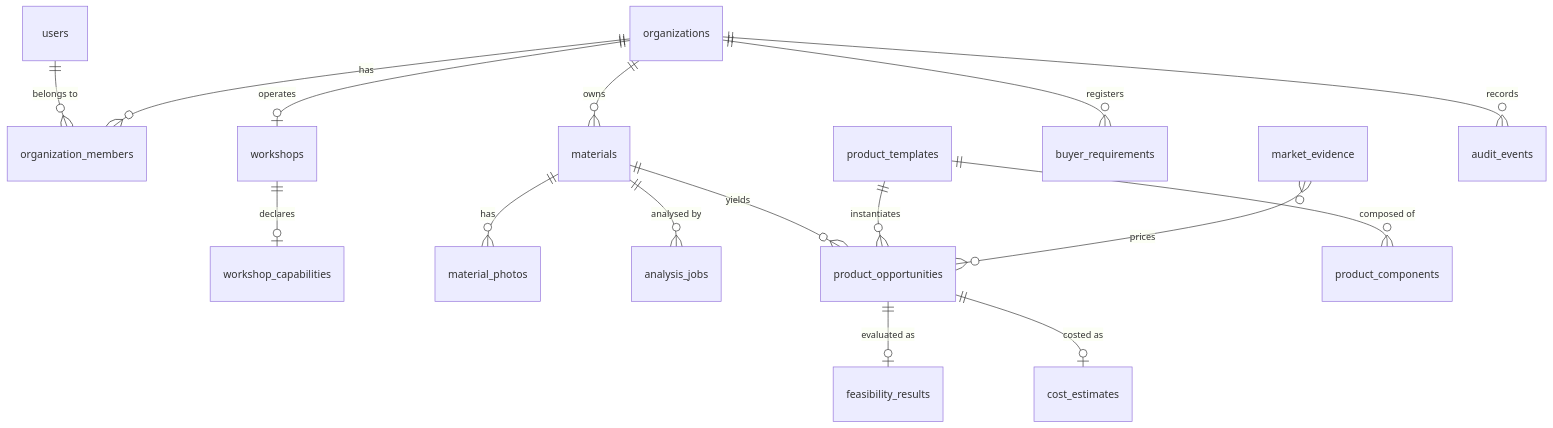
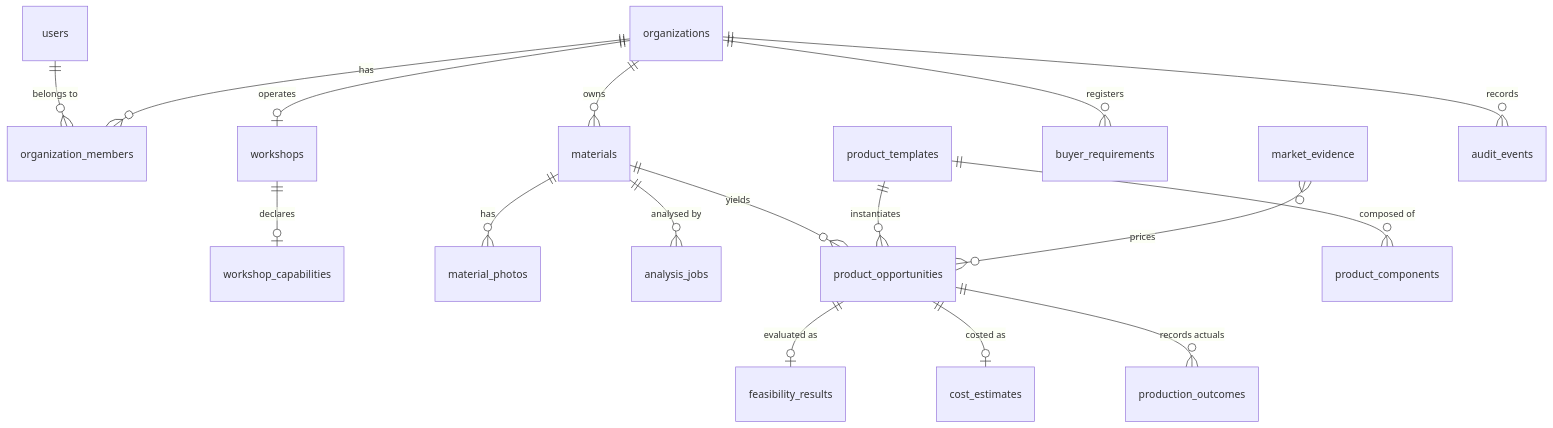
The diagram in docs/DATA_MODEL.md (lelianto/resaikel), drawn with Mermaid before and after one commit. The commit also changed other lines of this file and 23 other files, not shown here.

````diff
--- a/docs/DATA_MODEL.md
+++ b/docs/DATA_MODEL.md
@@ -13,18 +13,19 @@
 ```mermaid
 erDiagram
   users ||--o{ organization_members : "belongs to"
   organizations ||--o{ organization_members : "has"
   organizations ||--o| workshops : "operates"
   workshops ||--o| workshop_capabilities : "declares"
   organizations ||--o{ materials : "owns"
   materials ||--o{ material_photos : "has"
   materials ||--o{ analysis_jobs : "analysed by"
   materials ||--o{ product_opportunities : "yields"
   product_opportunities ||--o| feasibility_results : "evaluated as"
   product_opportunities ||--o| cost_estimates : "costed as"
   product_templates ||--o{ product_components : "composed of"
   product_templates ||--o{ product_opportunities : "instantiates"
   organizations ||--o{ buyer_requirements : "registers"
+  product_opportunities ||--o{ production_outcomes : "records actuals"
   market_evidence }o--o{ product_opportunities : "prices"
   organizations ||--o{ audit_events : "records"
 ```
````
